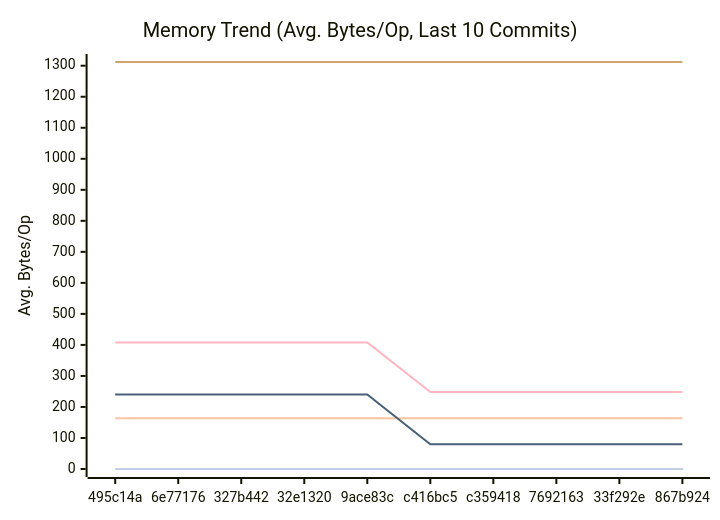
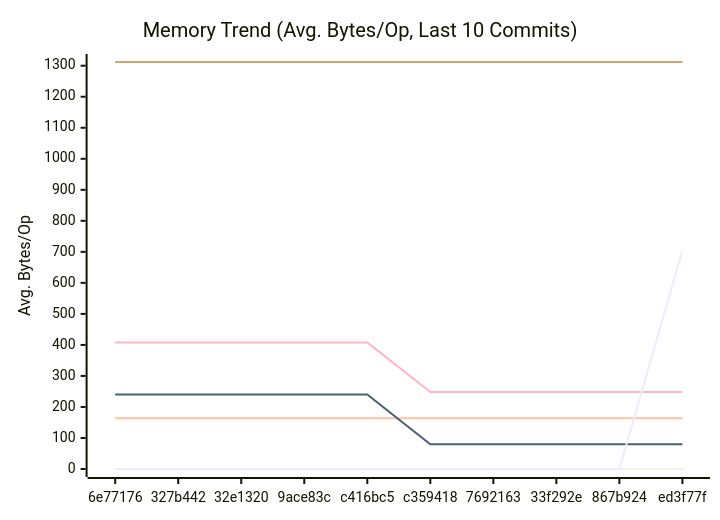
Before and after one commit to alsotoes/momo: the second of 3 diagrams in docs/PERFORMANCE.md, drawn with Mermaid. The commit also changed other lines of this file and 3 other files, not shown here.

Commit message:
fix: optimize SanitizeLog with single-pass strings.Builder and fast-path (#718)

````diff
--- a/docs/PERFORMANCE.md
+++ b/docs/PERFORMANCE.md
@@ -142,16 +152,18 @@
 ```mermaid
 xychart-beta
     title "Memory Trend (Avg. Bytes/Op, Last 10 Commits)"
     x-axis "Commit"
     y-axis "Avg. Bytes/Op"
-    x-axis [495c14a,6e77176,327b442,32e1320,9ace83c,c416bc5,c359418,7692163,33f292e,867b924]
+    x-axis [6e77176,327b442,32e1320,9ace83c,c416bc5,c359418,7692163,33f292e,867b924,ed3f77f]
     line "CheckMetricsAndSwap" [0,0,0,0,0,0,0,0,0,0]
     line "CrushOptimized" [0,0,0,0,0,0,0,0,0,0]
     line "CrushOriginal" [164,164,164,164,164,164,164,164,164,164]
     line "IndexDirectTracking" [0,0,0,0,0,0,0,0,0,0]
     line "IndexSearch" [0,0,0,0,0,0,0,0,0,0]
     line "LoadGlobalConfig" [1312,1312,1312,1312,1312,1312,1312,1312,1312,1312]
     line "PadString" [0,0,0,0,0,0,0,0,0,0]
     line "ParseReplicationOrder_NoPrealloc" [408,408,408,408,408,248,248,248,248,248]
     line "ParseReplicationOrder_Prealloc" [240,240,240,240,240,80,80,80,80,80]
+    line "SanitizeLog/Safe" [0,0,0,0,0,0,0,0,0,0]
+    line "SanitizeLog/Unsafe" [0,0,0,0,0,0,0,0,0,704]
 ```
````
